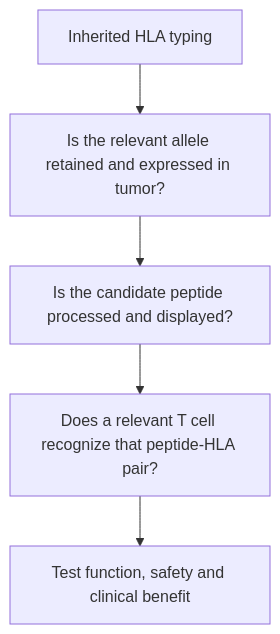
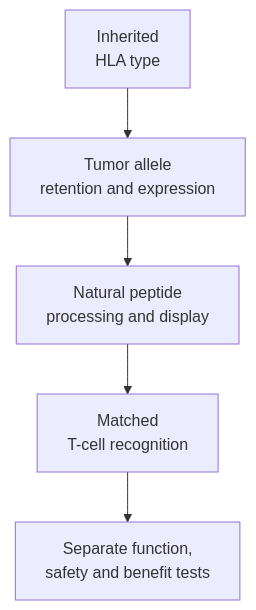
One commit to jasonLaster/oncoguide changed the diagram in wiki/education/designing-a-vaccine/02-hla-and-antigen-presentation.md. Above: the diagram before and after it, drawn with Mermaid. The commit also changed other lines of this file and 66 other files, not shown here.

Commit message:
content: sync antigen display and residual-tumor profiling education

````diff
--- a/wiki/education/designing-a-vaccine/02-hla-and-antigen-presentation.md
+++ b/wiki/education/designing-a-vaccine/02-hla-and-antigen-presentation.md
@@ -58,7 +58,7 @@
 ```mermaid
 flowchart TD
-  A[Inherited HLA typing] --> B[Is the relevant allele retained and expressed in tumor?]
-  B --> C[Is the candidate peptide processed and displayed?]
-  C --> D[Does a relevant T cell recognize that peptide-HLA pair?]
-  D --> E[Test function, safety and clinical benefit]
+  A["Inherited<br/>HLA type"] --> B["Tumor allele<br/>retention and expression"]
+  B --> C["Natural peptide<br/>processing and display"]
+  C --> D["Matched<br/>T-cell recognition"]
+  D --> E["Separate function,<br/>safety and benefit tests"]
 ```
````
